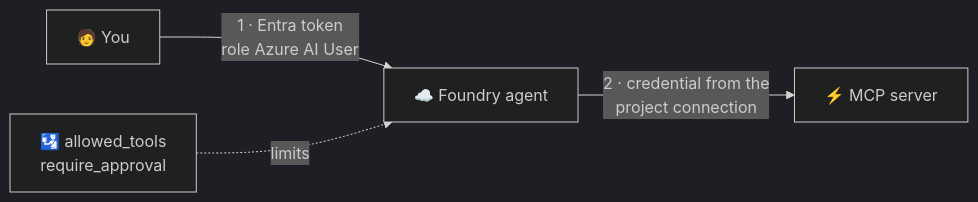
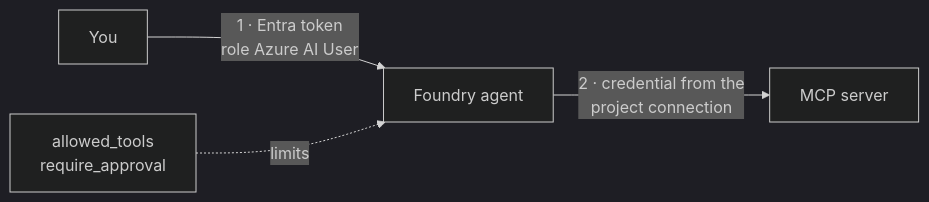
Before and after one commit to nampacx/MS-Foundry-from-0-to-hero: the third of 3 diagrams in docs/mcp-skills.md, drawn with Mermaid (dark theme). The commit also changed other lines of this file and 37 other files, not shown here.

````diff
--- a/docs/mcp-skills.md
+++ b/docs/mcp-skills.md
@@ -83,6 +83,6 @@
 ```mermaid
 flowchart LR
-  U[🧑 You] -->|1 · Entra token<br/>role Azure AI User| F[☁️ Foundry agent]
-  F -->|2 · credential from the<br/>project connection| S[⚡ MCP server]
-  G[🛂 allowed_tools<br/>require_approval] -.->|limits| F
+  U[You] -->|1 · Entra token<br/>role Azure AI User| F[Foundry agent]
+  F -->|2 · credential from the<br/>project connection| S[MCP server]
+  G[allowed_tools<br/>require_approval] -.->|limits| F
 ```
````
